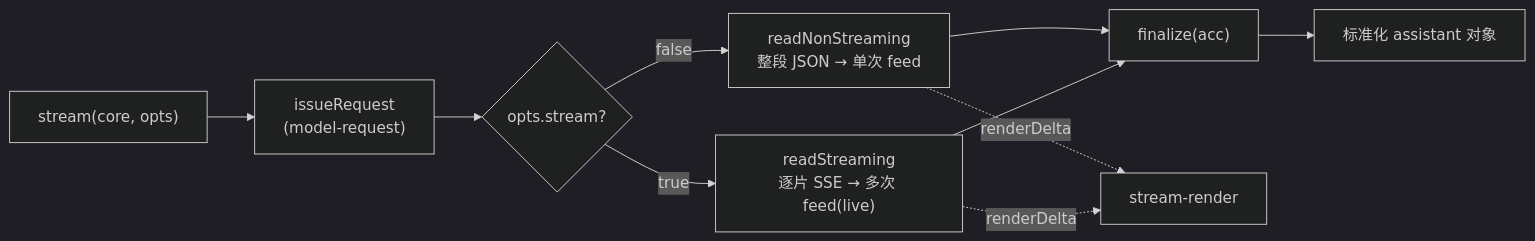
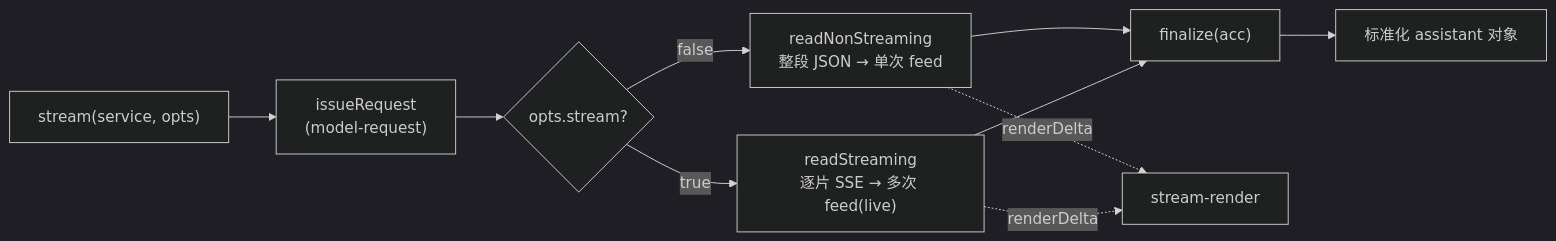
One commit to wingdever/agent changed the second of 3 diagrams in docs/runtime/model-call.md. Above: the diagram before and after it, drawn with Mermaid (dark theme). The commit also changed other lines of this file and 18 other files, not shown here.

````diff
--- a/docs/runtime/model-call.md
+++ b/docs/runtime/model-call.md
@@ -47,12 +47,12 @@
 ```mermaid
 flowchart LR
-    A["stream(core, opts)"] --> B["issueRequest<br/>(model-request)"]
+    A["stream(service, opts)"] --> B["issueRequest<br/>(model-request)"]
     B --> C{"opts.stream?"}
     C -->|false| D["readNonStreaming<br/>整段 JSON → 单次 feed"]
     C -->|true| E["readStreaming<br/>逐片 SSE → 多次 feed(live)"]
     D --> F["finalize(acc)"]
     E --> F
     F --> G["标准化 assistant 对象"]
     D -.->|renderDelta| H["stream-render"]
     E -.->|renderDelta| H
 ```
````
